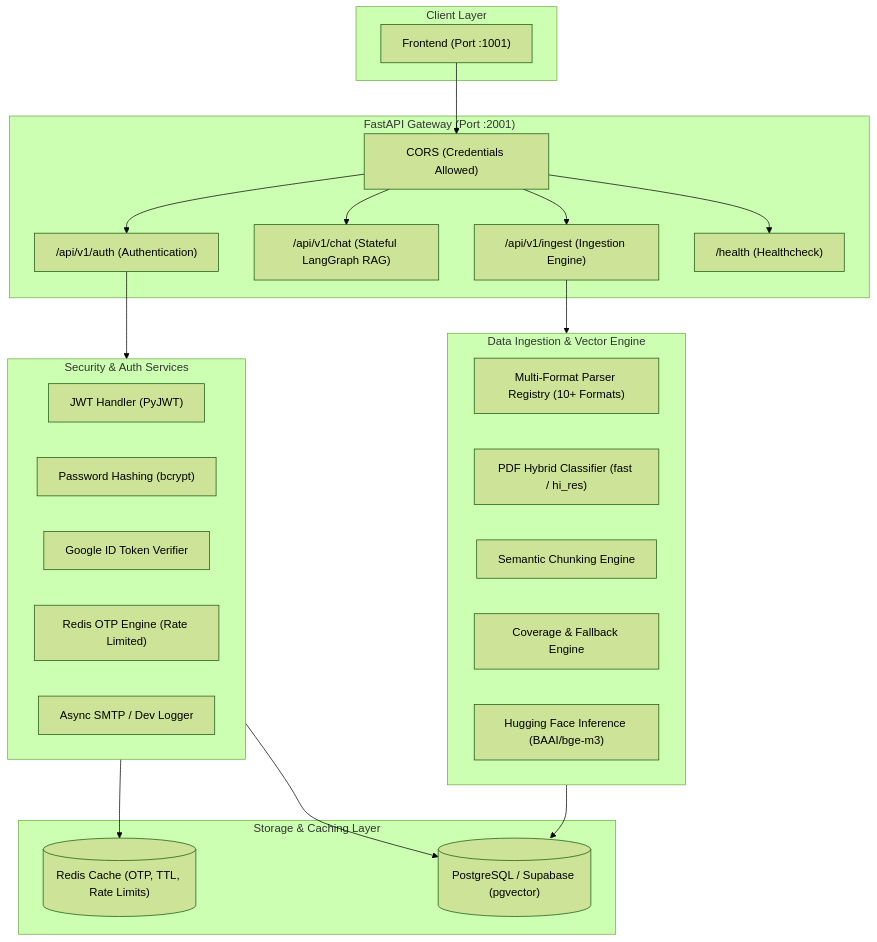
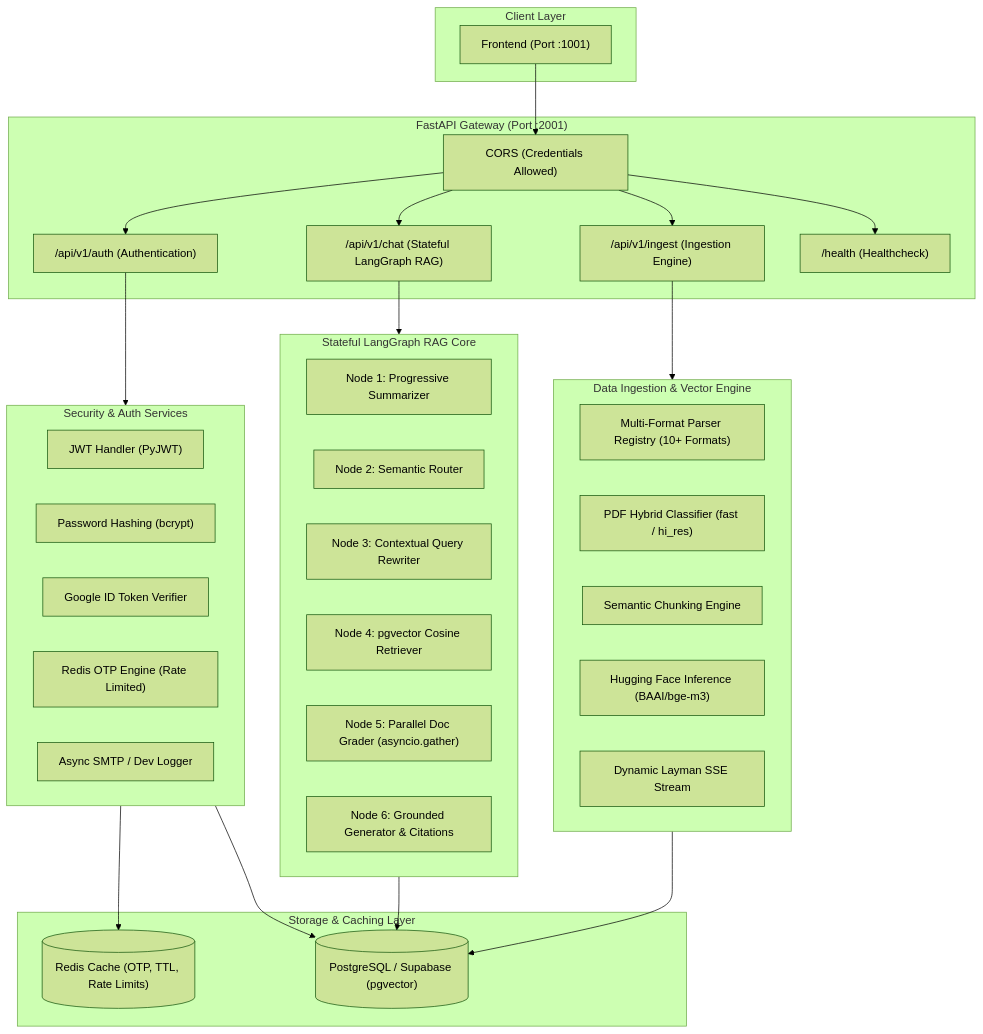
The diagram in README.md (ShubhamPrajapati1402/rag_backend), drawn with Mermaid (forest theme) before and after one commit. The commit also changed other lines of this file, not shown here.

Commit message:
docs: update README with LangGraph architecture, project structure, and technical stack details

````diff
--- a/README.md
+++ b/README.md
@@ -9,48 +9,60 @@
 ```mermaid
 flowchart TB
     subgraph ClientLayer ["Client Layer"]
         Frontend["Frontend (Port :1001)"]
     end
 
     subgraph APILayer ["FastAPI Gateway (Port :2001)"]
         CORSMiddleware["CORS (Credentials Allowed)"]
         AuthRouter["/api/v1/auth (Authentication)"]
         ChatRouter["/api/v1/chat (Stateful LangGraph RAG)"]
         IngestRouter["/api/v1/ingest (Ingestion Engine)"]
         HealthRouter["/health (Healthcheck)"]
     end
 
     subgraph SecurityServices ["Security & Auth Services"]
         JWTService["JWT Handler (PyJWT)"]
         BcryptHandler["Password Hashing (bcrypt)"]
         GoogleOAuth["Google ID Token Verifier"]
         OTPManager["Redis OTP Engine (Rate Limited)"]
         EmailService["Async SMTP / Dev Logger"]
     end
 
+    subgraph AgenticRAG ["Stateful LangGraph RAG Core"]
+        Summarizer["Node 1: Progressive Summarizer"]
+        Router["Node 2: Semantic Router"]
+        Rewriter["Node 3: Contextual Query Rewriter"]
+        Retriever["Node 4: pgvector Cosine Retriever"]
+        Grader["Node 5: Parallel Doc Grader (asyncio.gather)"]
+        Generator["Node 6: Grounded Generator & Citations"]
+    end
+
     subgraph IngestionPipeline ["Data Ingestion & Vector Engine"]
         ParserRegistry["Multi-Format Parser Registry (10+ Formats)"]
         Classifier["PDF Hybrid Classifier (fast / hi_res)"]
         Chunker["Semantic Chunking Engine"]
-        Validator["Coverage & Fallback Engine"]
         Embedder["Hugging Face Inference (BAAI/bge-m3)"]
+        LiveIngestStream["Dynamic Layman SSE Stream"]
     end
 
     subgraph DataLayer ["Storage & Caching Layer"]
         PostgreSQL[("PostgreSQL / Supabase (pgvector)")]
         RedisStore[("Redis Cache (OTP, TTL, Rate Limits)")]
     end
 
     Frontend --> CORSMiddleware
     CORSMiddleware --> AuthRouter
     CORSMiddleware --> ChatRouter
     CORSMiddleware --> IngestRouter
     CORSMiddleware --> HealthRouter
 
     AuthRouter --> SecurityServices
     SecurityServices --> RedisStore
     SecurityServices --> PostgreSQL
 
+    ChatRouter --> AgenticRAG
+    AgenticRAG --> PostgreSQL
+
     IngestRouter --> IngestionPipeline
     IngestionPipeline --> PostgreSQL
 ```
````
